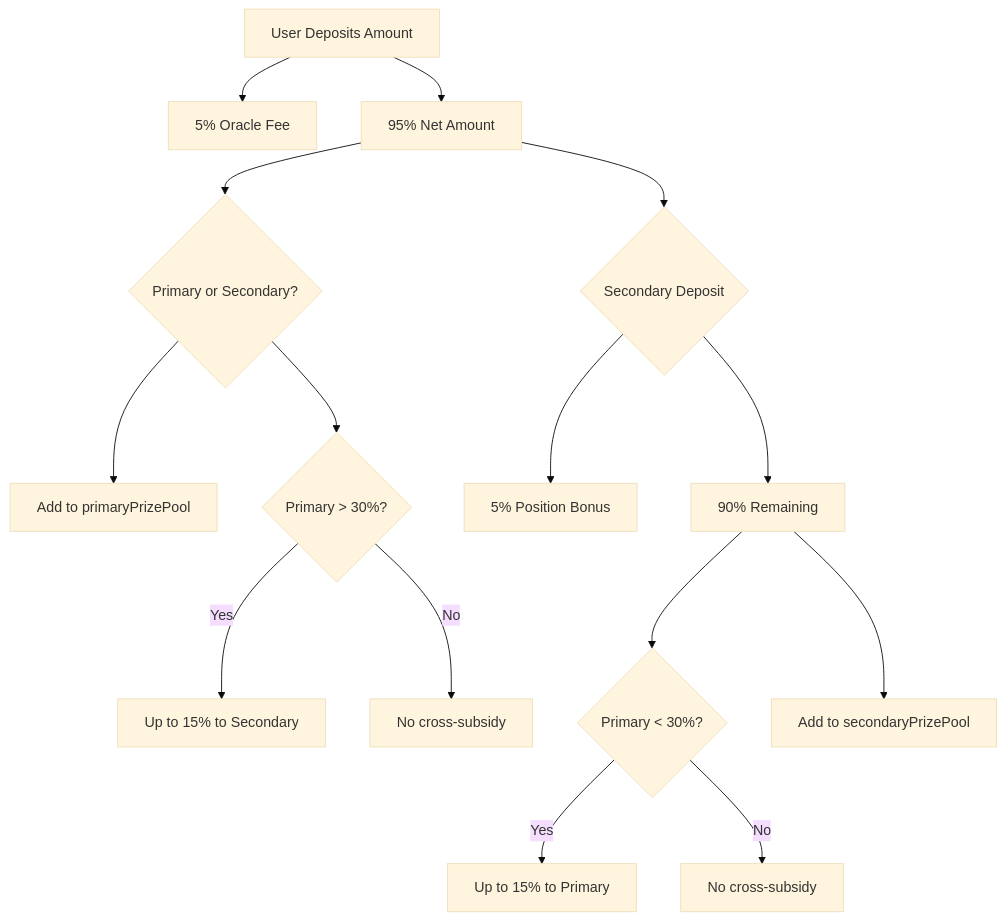
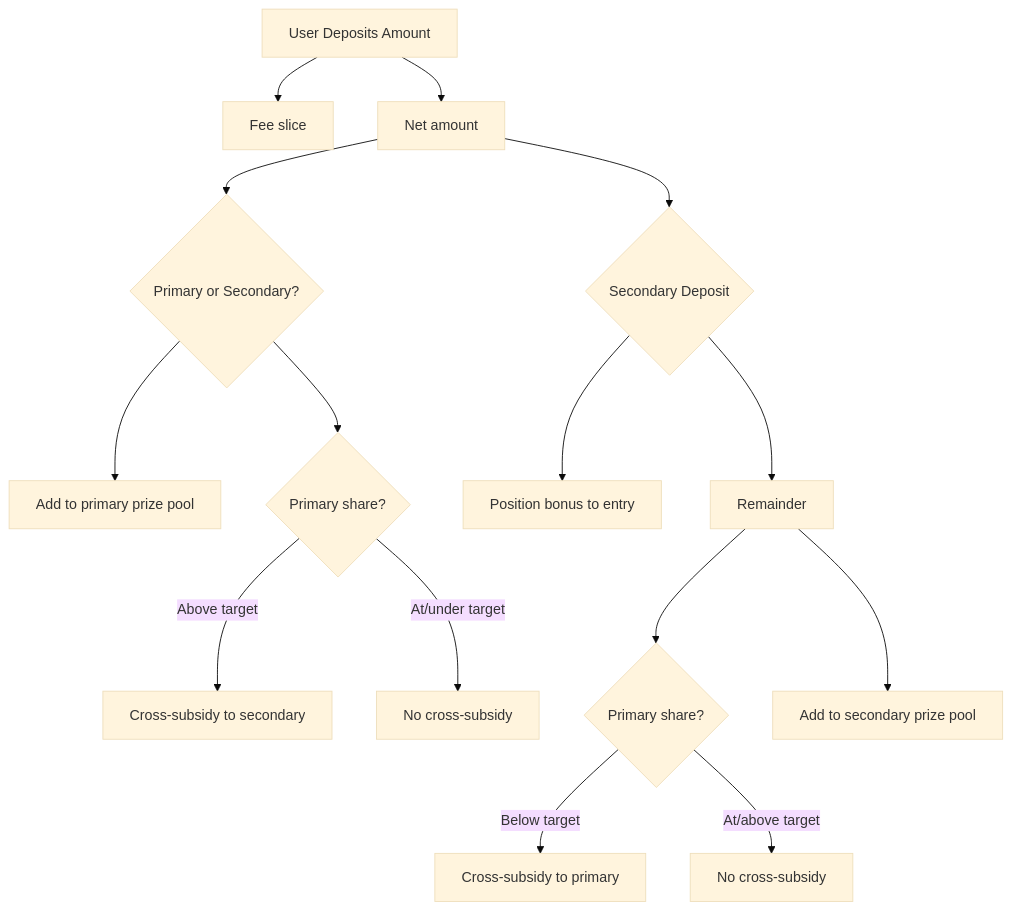
Before and after one commit to MagRelo/cut: the fourth of 5 diagrams in spec/contracts/data-flow.md, drawn with Mermaid (base theme). The commit also changed other lines of this file and 33 other files, not shown here.

````diff
--- a/spec/contracts/data-flow.md
+++ b/spec/contracts/data-flow.md
@@ -115,21 +74,21 @@
 ```mermaid
 flowchart TD
     Deposit[User Deposits Amount]
-    Deposit --> OracleFee[5% Oracle Fee]
-    Deposit --> NetAmount[95% Net Amount]
-    
+    Deposit --> OracleFee[Fee slice]
+    Deposit --> NetAmount[Net amount]
+
     NetAmount --> Primary{Primary or Secondary?}
-    
-    Primary --> PrimaryPool[Add to primaryPrizePool]
-    Primary --> CheckRatio{Primary > 30%?}
-    CheckRatio -->|Yes| CrossSubsidy1[Up to 15% to Secondary]
-    CheckRatio -->|No| NoSubsidy1[No cross-subsidy]
-    
+
+    Primary --> PrimaryPool[Add to primary prize pool]
+    Primary --> CheckRatio{Primary share?}
+    CheckRatio -->|Above target| CrossSubsidy1[Cross-subsidy to secondary]
+    CheckRatio -->|At/under target| NoSubsidy1[No cross-subsidy]
+
     NetAmount --> Secondary{Secondary Deposit}
-    Secondary --> PositionBonus[5% Position Bonus]
-    Secondary --> Remaining[90% Remaining]
-    Remaining --> CheckRatio2{Primary < 30%?}
-    CheckRatio2 -->|Yes| CrossSubsidy2[Up to 15% to Primary]
-    CheckRatio2 -->|No| NoSubsidy2[No cross-subsidy]
-    Remaining --> SecondaryPool[Add to secondaryPrizePool]
+    Secondary --> PositionBonus[Position bonus to entry]
+    Secondary --> Remaining[Remainder]
+    Remaining --> CheckRatio2{Primary share?}
+    CheckRatio2 -->|Below target| CrossSubsidy2[Cross-subsidy to primary]
+    CheckRatio2 -->|At/above target| NoSubsidy2[No cross-subsidy]
+    Remaining --> SecondaryPool[Add to secondary prize pool]
 ```
````
